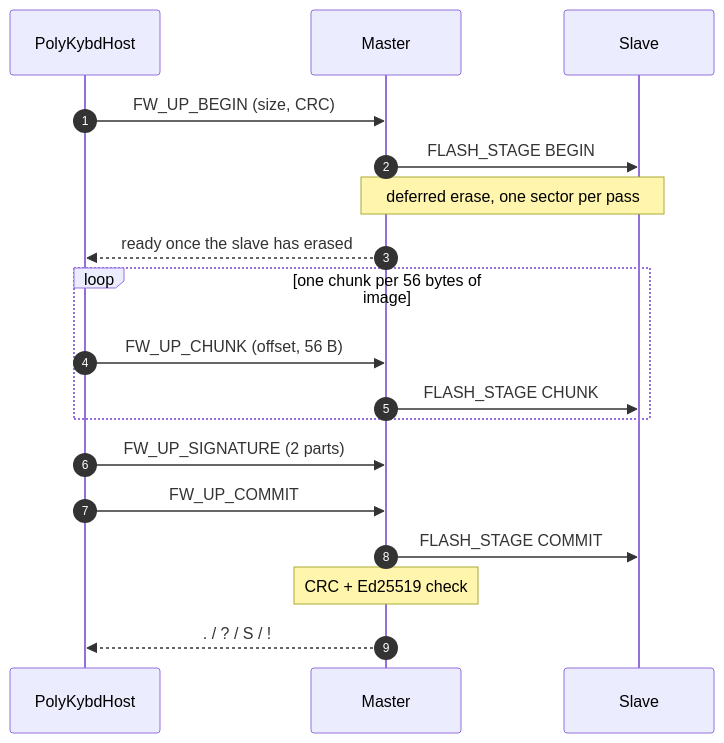
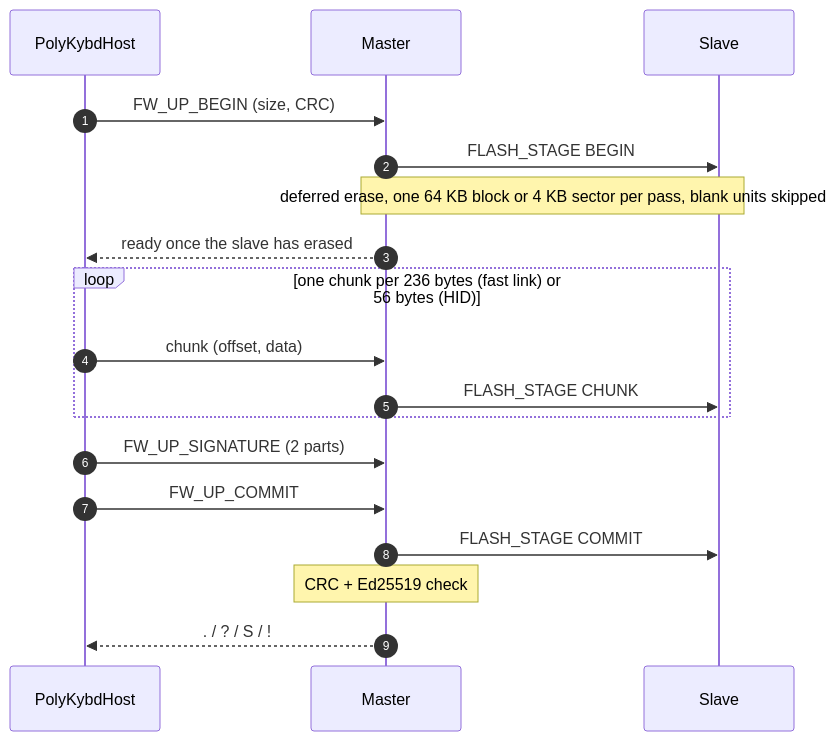
One commit to thpoll83/polykybd-docs changed the diagram in src/content/docs/beyond-qmk/firmware-update.mdx. Above: the diagram before and after it, drawn with Mermaid. The commit also changed other lines of this file and 4 other files, not shown here.

First line of the commit message:
docs: the fast link for firmware updates, 1843200 baud split link (#138)

````diff
--- a/src/content/docs/beyond-qmk/firmware-update.mdx
+++ b/src/content/docs/beyond-qmk/firmware-update.mdx
@@ -45,20 +74,20 @@
 ```mermaid
 sequenceDiagram
   autonumber
   participant H as PolyKybdHost
   participant M as Master
   participant S as Slave
   H->>M: FW_UP_BEGIN (size, CRC)
   M->>S: FLASH_STAGE BEGIN
-  Note over M,S: deferred erase, one sector per pass
+  Note over M,S: deferred erase, one 64 KB block or 4 KB sector per pass, blank units skipped
   M-->>H: ready once the slave has erased
-  loop one chunk per 56 bytes of image
-    H->>M: FW_UP_CHUNK (offset, 56 B)
+  loop one chunk per 236 bytes (fast link) or 56 bytes (HID)
+    H->>M: chunk (offset, data)
     M->>S: FLASH_STAGE CHUNK
   end
   H->>M: FW_UP_SIGNATURE (2 parts)
   H->>M: FW_UP_COMMIT
   M->>S: FLASH_STAGE COMMIT
   Note over M: CRC + Ed25519 check
   M-->>H: . / ? / S / !
 ```
````
